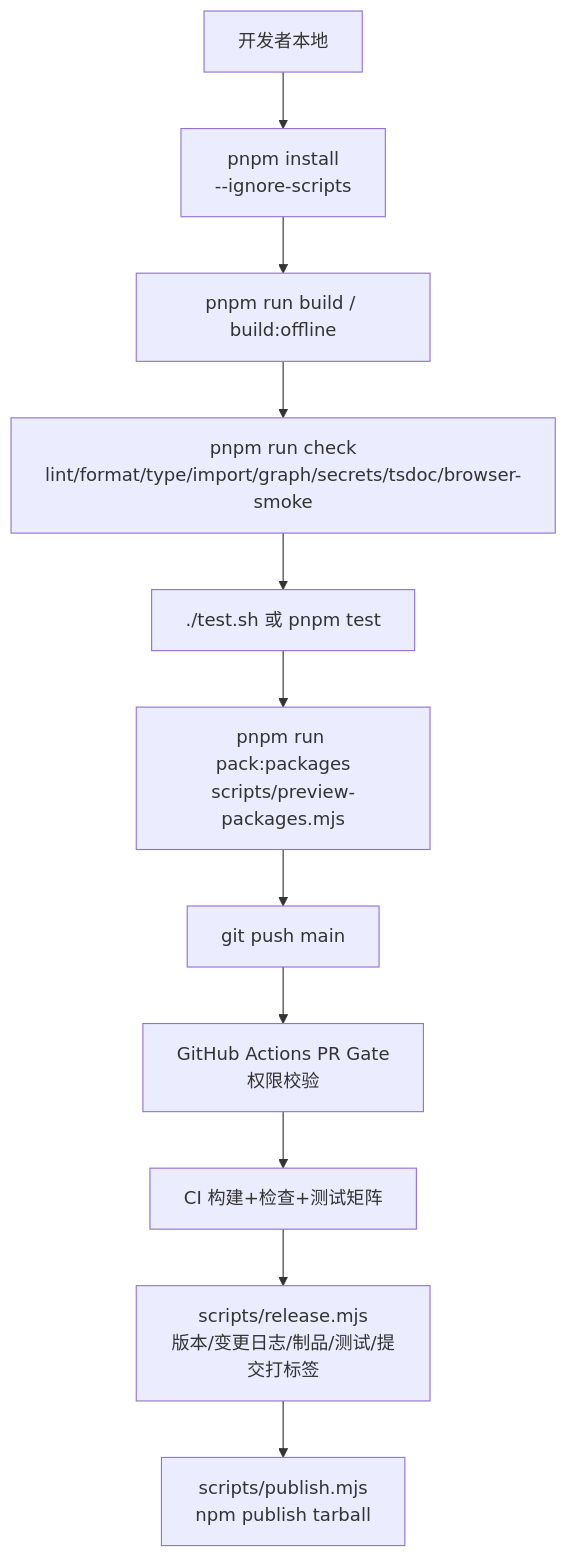
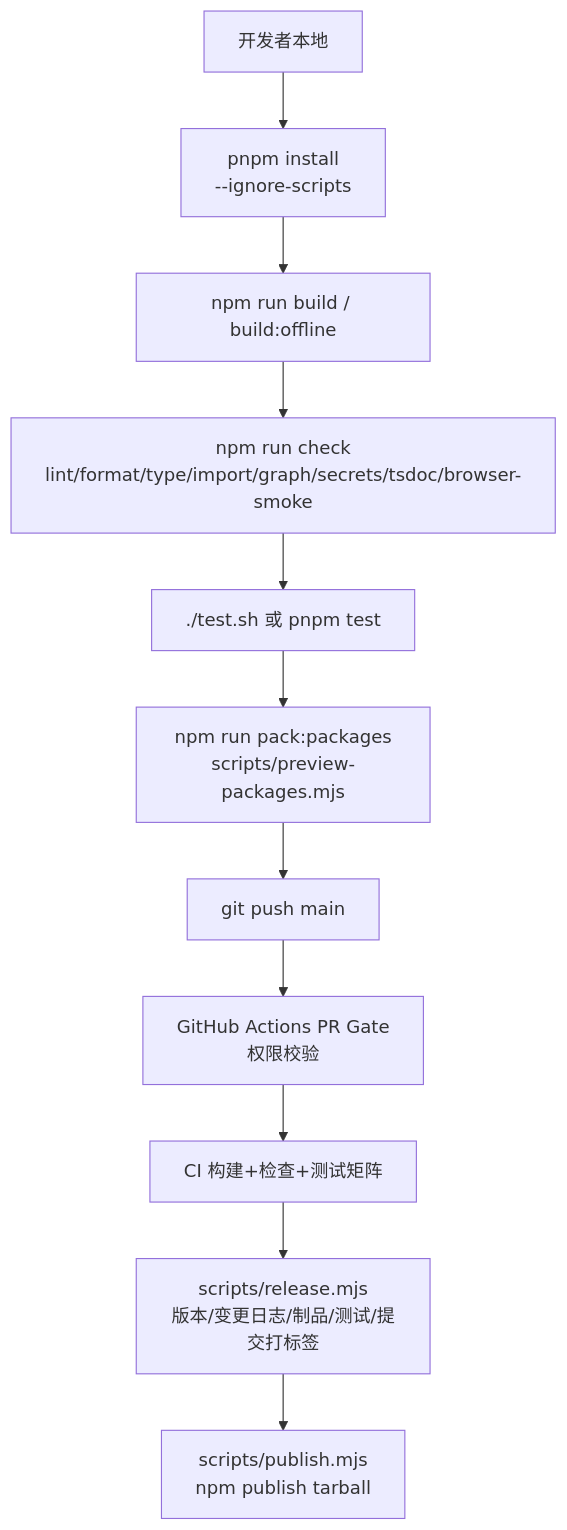
Before and after one commit to FDE-GROUP/oh-my-coding-agent: the second of 7 diagrams in .qoder/repowiki/zh/content/开发者指南/开发者指南.md, drawn with Mermaid. The commit also changed other lines of this file and 433 other files, not shown here.

````diff
--- a/.qoder/repowiki/zh/content/开发者指南/开发者指南.md
+++ b/.qoder/repowiki/zh/content/开发者指南/开发者指南.md
@@ -77,13 +77,13 @@
 ```mermaid
 flowchart TD
 Dev["开发者本地"] --> Install["pnpm install<br/>--ignore-scripts"]
-Install --> Build["pnpm run build / build:offline"]
-Build --> Check["pnpm run check<br/>lint/format/type/import/graph/secrets/tsdoc/browser-smoke"]
+Install --> Build["npm run build / build:offline"]
+Build --> Check["npm run check<br/>lint/format/type/import/graph/secrets/tsdoc/browser-smoke"]
 Check --> TestLocal["./test.sh 或 pnpm test"]
-TestLocal --> Preview["pnpm run pack:packages<br/>scripts/preview-packages.mjs"]
+TestLocal --> Preview["npm run pack:packages<br/>scripts/preview-packages.mjs"]
 Preview --> Push["git push main"]
 Push --> CIGate["GitHub Actions PR Gate<br/>权限校验"]
 CIGate --> CICheck["CI 构建+检查+测试矩阵"]
 CICheck --> Release["scripts/release.mjs<br/>版本/变更日志/制品/测试/提交打标签"]
 Release --> Publish["scripts/publish.mjs<br/>npm publish tarball"]
 ```
````
